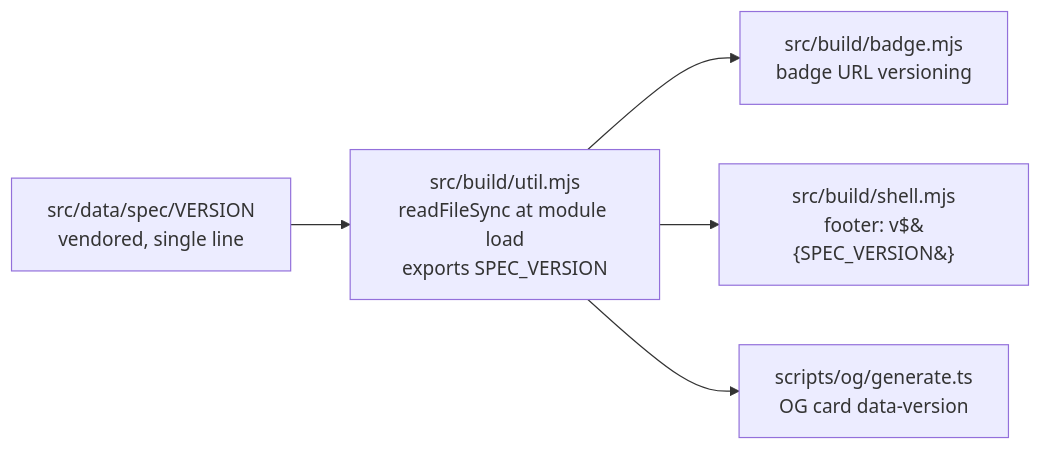
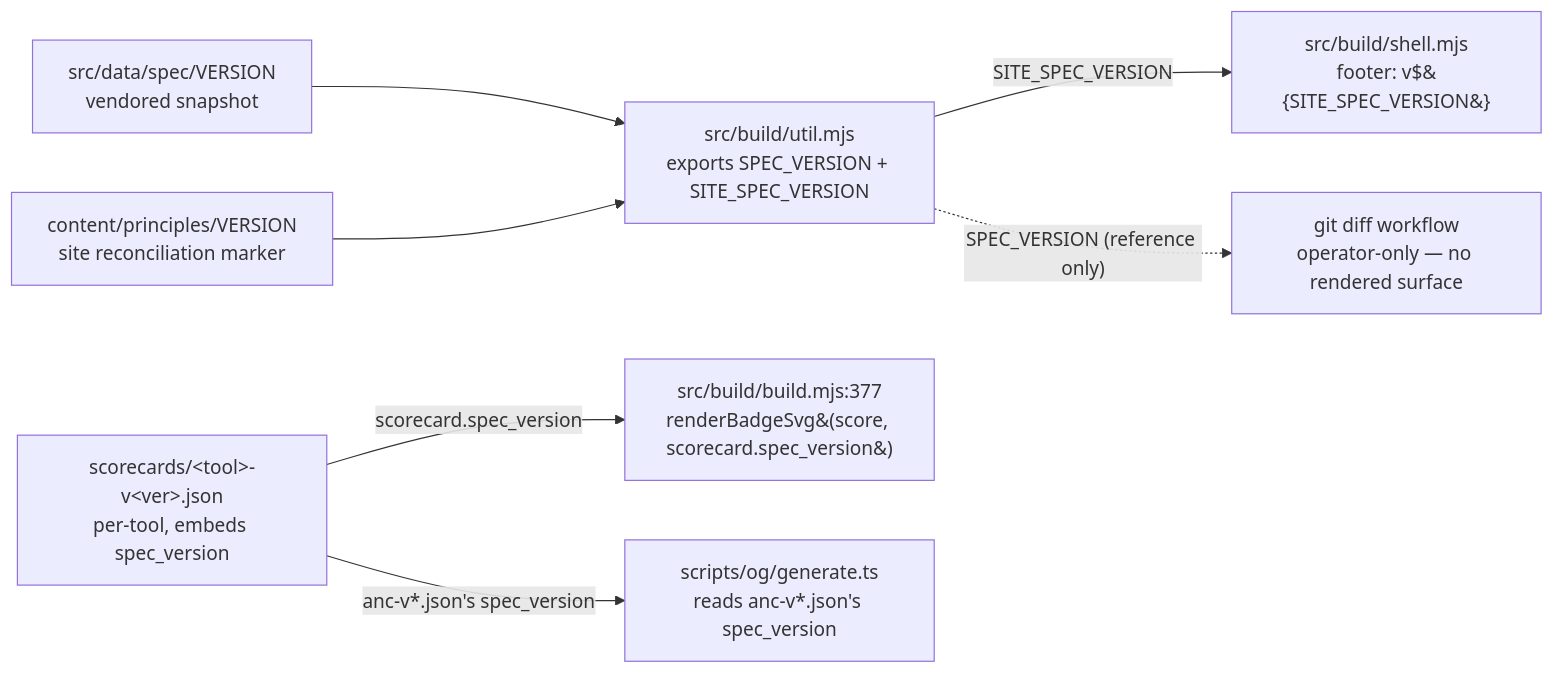
One commit to brettdavies/agentnative-site changed the second of 2 diagrams in scripts/SYNCS.md. Above: the diagram before and after it, drawn with Mermaid. The commit also changed other lines of this file and 9 other files, not shown here.

````diff
--- a/scripts/SYNCS.md
+++ b/scripts/SYNCS.md
@@ -57,13 +60,20 @@
 ```mermaid
 flowchart LR
-    versionFile[src/data/spec/VERSION<br/>vendored, single line]
-    util[src/build/util.mjs<br/>readFileSync at module load<br/>exports SPEC_VERSION]
-    badge[src/build/badge.mjs<br/>badge URL versioning]
-    shell[src/build/shell.mjs<br/>footer: v$&#123;SPEC_VERSION&#125;]
-    og[scripts/og/generate.ts<br/>OG card data-version]
+    vendoredVersion[src/data/spec/VERSION<br/>vendored snapshot]
+    siteVersion[content/principles/VERSION<br/>site reconciliation marker]
+    scorecardJsons[scorecards/&lt;tool&gt;-v&lt;ver&gt;.json<br/>per-tool, embeds spec_version]
 
-    versionFile --> util
-    util --> badge
-    util --> shell
-    util --> og
+    util[src/build/util.mjs<br/>exports SPEC_VERSION + SITE_SPEC_VERSION]
+
+    footer[src/build/shell.mjs<br/>footer: v$&#123;SITE_SPEC_VERSION&#125;]
+    badges[src/build/build.mjs:377<br/>renderBadgeSvg&#40;score, scorecard.spec_version&#41;]
+    og[scripts/og/generate.ts<br/>reads anc-v*.json's spec_version]
+    diff[git diff workflow<br/>operator-only — no rendered surface]
+
+    vendoredVersion --> util
+    siteVersion --> util
+    util -- "SITE_SPEC_VERSION" --> footer
+    scorecardJsons -- "scorecard.spec_version" --> badges
+    scorecardJsons -- "anc-v*.json's spec_version" --> og
+    util -. "SPEC_VERSION (reference only)" .-> diff
 ```
````
